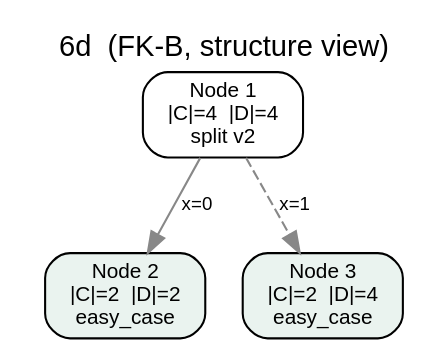
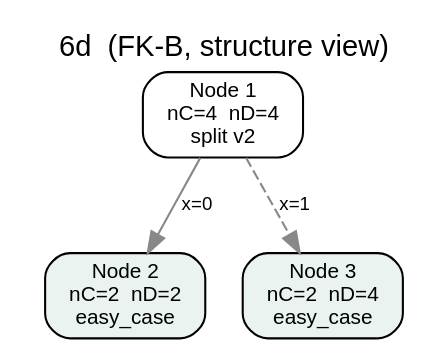
One commit to symonyeal/Hypergraph-Dualization changed the diagram in results/6d.fk-b.faithful.dot. Above: the diagram before and after it, drawn with Graphviz. The commit also changed 203 other files, not shown here.

```diff
--- a/results/6d.fk-b.faithful.dot
+++ b/results/6d.fk-b.faithful.dot
@@ -1,11 +1,11 @@
 digraph FKB {
   rankdir=TB;
   graph [fontname="Helvetica", labelloc="t", label="6d  (FK-B, structure view)"];
   node [shape=box, style="rounded,filled", fillcolor="#ffffff", fontname="Helvetica", fontsize=10];
   edge [fontname="Helvetica", fontsize=9, color="#888888"];
-  n1 [label="Node 1\n|C|=4  |D|=4\nsplit v2", fillcolor="#ffffff"];
-  n2 [label="Node 2\n|C|=2  |D|=2\neasy_case", fillcolor="#eaf3ef"];
-  n3 [label="Node 3\n|C|=2  |D|=4\neasy_case", fillcolor="#eaf3ef"];
+  n1 [label="Node 1\nnC=4  nD=4\nsplit v2", fillcolor="#ffffff"];
+  n2 [label="Node 2\nnC=2  nD=2\neasy_case", fillcolor="#eaf3ef"];
+  n3 [label="Node 3\nnC=2  nD=4\neasy_case", fillcolor="#eaf3ef"];
   n1 -> n2 [label="x=0", style=solid];
   n1 -> n3 [label="x=1", style=dashed];
 }
```
